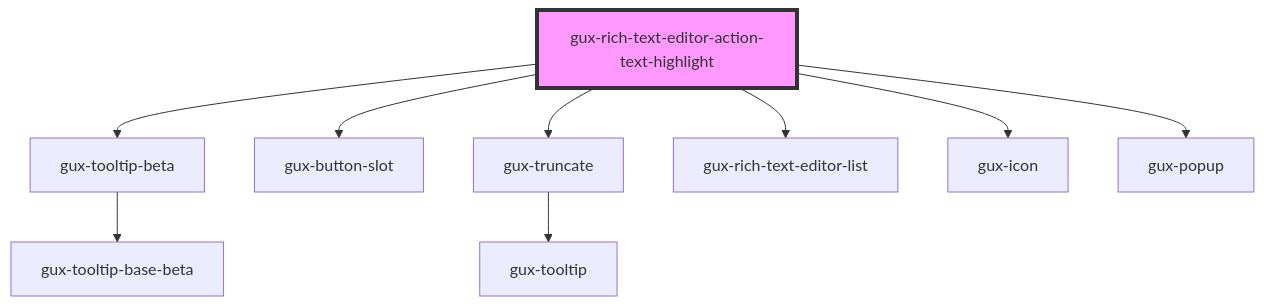
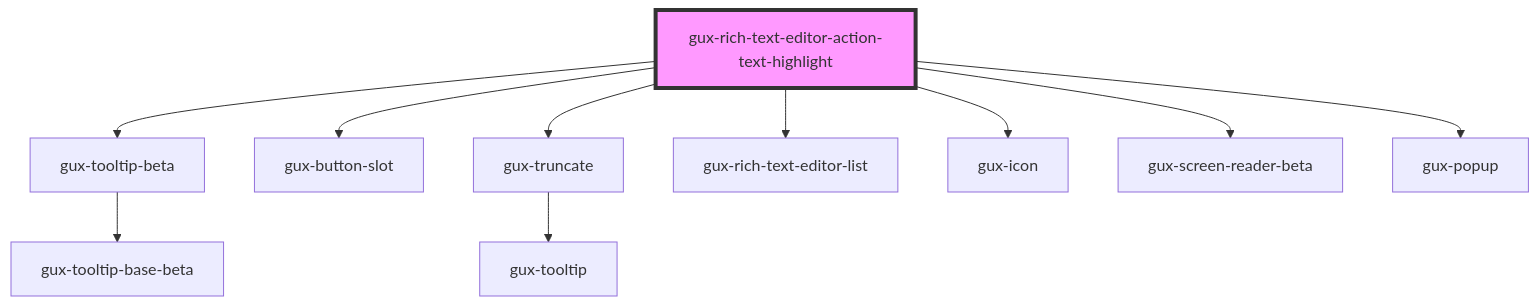
One commit to MyPureCloud/genesys-spark changed the diagram in packages/genesys-spark-components/src/components/beta/gux-rich-text-editor/gux-rich-text-editor-action/gux-rich-text-editor-action-text-highlight/readme.md. Above: the diagram before and after it, drawn with Mermaid. The commit also changed other lines of this file and 18 other files, not shown here.

````diff
--- a/packages/genesys-spark-components/src/components/beta/gux-rich-text-editor/gux-rich-text-editor-action/gux-rich-text-editor-action-text-highlight/readme.md
+++ b/packages/genesys-spark-components/src/components/beta/gux-rich-text-editor/gux-rich-text-editor-action/gux-rich-text-editor-action-text-highlight/readme.md
@@ -42,12 +43,13 @@
 ```mermaid
 graph TD;
   gux-rich-text-editor-action-text-highlight --> gux-tooltip-beta
   gux-rich-text-editor-action-text-highlight --> gux-button-slot
   gux-rich-text-editor-action-text-highlight --> gux-truncate
   gux-rich-text-editor-action-text-highlight --> gux-rich-text-editor-list
   gux-rich-text-editor-action-text-highlight --> gux-icon
+  gux-rich-text-editor-action-text-highlight --> gux-screen-reader-beta
   gux-rich-text-editor-action-text-highlight --> gux-popup
   gux-tooltip-beta --> gux-tooltip-base-beta
   gux-truncate --> gux-tooltip
   style gux-rich-text-editor-action-text-highlight fill:#f9f,stroke:#333,stroke-width:4px
 ```
````
